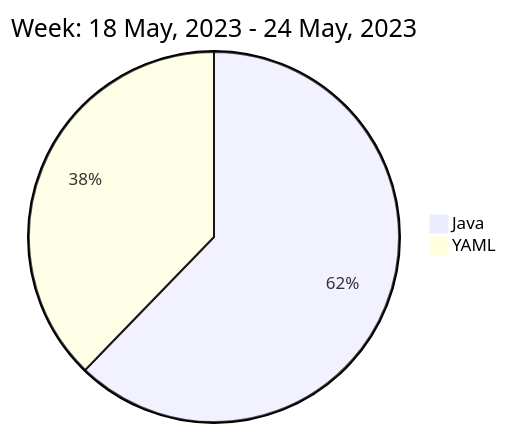
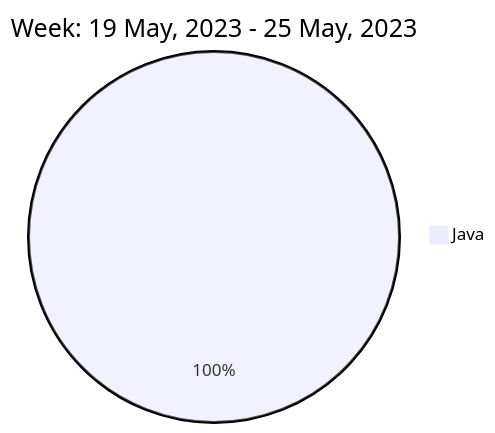
The diagram in README.md (liubin95/liubin95), drawn with Mermaid before and after one commit.

Commit message:
Updated the Graph with new Metrics

````diff
--- a/README.md
+++ b/README.md
@@ -40,6 +40,5 @@
 ```mermaid
  pie
-title Week: 18 May, 2023 - 24 May, 2023
- "Java" : 3.05
- "YAML" : 1.85
+title Week: 19 May, 2023 - 25 May, 2023
+ "Java" : 3.08
 ```
````
